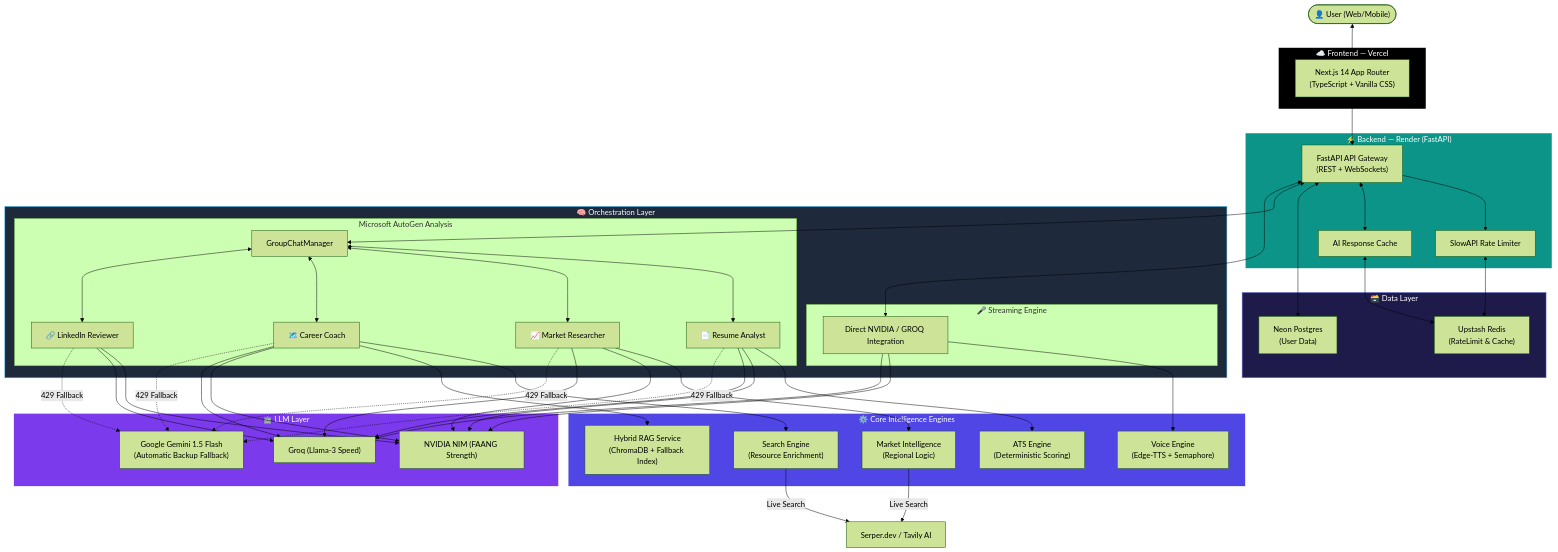
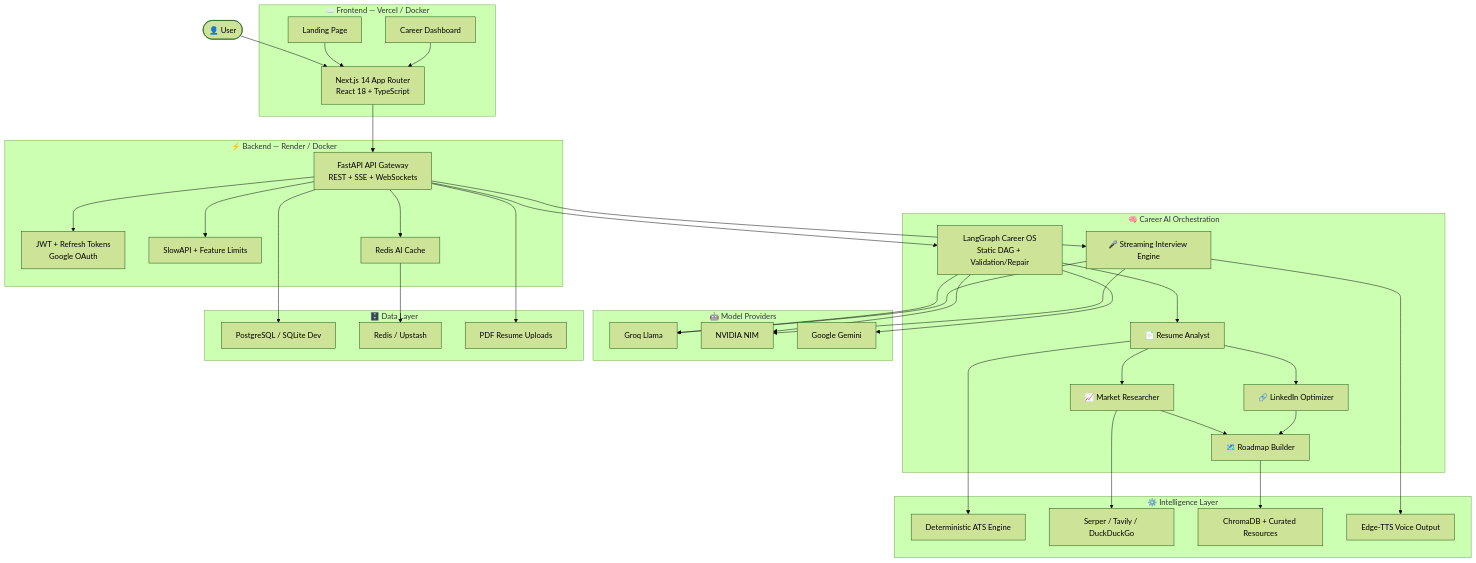
Before and after one commit to Anil-Pradhan-web/ai-career-mentor: the diagram in README.md, drawn with Mermaid (forest theme). The commit also changed other lines of this file, not shown here.

````diff
--- a/README.md
+++ b/README.md
@@ -94,76 +100,72 @@
 ```mermaid
 flowchart TD
-    User(["👤 User (Web/Mobile)"])
-    
-    subgraph Frontend ["☁️ Frontend — Vercel"]
-        NextJS["Next.js 14 App Router\n(TypeScript + Vanilla CSS)"]
+    User(["👤 User"])
+
+    subgraph Frontend ["☁️ Frontend — Vercel / Docker"]
+        Landing["Landing Page"]
+        Dashboard["Career Dashboard"]
+        NextJS["Next.js 14 App Router\nReact 18 + TypeScript"]
     end
 
-    subgraph Backend ["⚡ Backend — Render (FastAPI)"]
-        API["FastAPI API Gateway\n(REST + WebSockets)"]
-        RateLimit["SlowAPI Rate Limiter"]
-        Cache["AI Response Cache"]
+    subgraph Backend ["⚡ Backend — Render / Docker"]
+        API["FastAPI API Gateway\nREST + SSE + WebSockets"]
+        Auth["JWT + Refresh Tokens\nGoogle OAuth"]
+        RateLimit["SlowAPI + Feature Limits"]
+        Cache["Redis AI Cache"]
     end
 
-    subgraph Orchestration ["🧠 Orchestration Layer"]
-        subgraph AutoGen ["Microsoft AutoGen Analysis"]
-            Manager["GroupChatManager"]
-            A1["📄 Resume Analyst"]
-            A2["📈 Market Researcher"]
-            A3["🗺️ Career Coach"]
-            A4["🔗 LinkedIn Reviewer"]
-        end
-        
-        subgraph Interview ["🎤 Streaming Engine"]
-            DirectLLM["Direct NVIDIA / GROQ Integration"]
-        end
+    subgraph Orchestration ["🧠 Career AI Orchestration"]
+        Graph["LangGraph Career OS\nStatic DAG + Validation/Repair"]
+        Resume["📄 Resume Analyst"]
+        Market["📈 Market Researcher"]
+        LinkedIn["🔗 LinkedIn Optimizer"]
+        Roadmap["🗺️ Roadmap Builder"]
+        Interview["🎤 Streaming Interview Engine"]
     end
 
-    subgraph Intelligence ["⚙️ Core Intelligence Engines"]
-        ATS["ATS Engine\n(Deterministic Scoring)"]
-        Market["Market Intelligence\n(Regional Logic)"]
-        Search["Search Engine\n(Resource Enrichment)"]
-        Voice["Voice Engine\n(Edge-TTS + Semaphore)"]
-        RAG["Hybrid RAG Service\n(ChromaDB + Fallback Index)"]
+    subgraph Intelligence ["⚙️ Intelligence Layer"]
+        ATS["Deterministic ATS Engine"]
+        Search["Serper / Tavily / DuckDuckGo"]
+        RAG["ChromaDB + Curated Resources"]
+        Voice["Edge-TTS Voice Output"]
     end
 
-    subgraph LLM ["🤖 LLM Layer"]
-        NVIDIA["NVIDIA NIM (FAANG Strength)"]
-        GROQ["Groq (Llama-3 Speed)"]
-        GEMINI["Google Gemini 1.5 Flash\n(Automatic Backup Fallback)"]
+    subgraph Providers ["🤖 Model Providers"]
+        Groq["Groq Llama"]
+        NVIDIA["NVIDIA NIM"]
+        Gemini["Google Gemini"]
     end
 
-    subgraph Data ["🗃️ Data Layer"]
-        Postgres["Neon Postgres\n(User Data)"]
-        Redis["Upstash Redis\n(RateLimit & Cache)"]
+    subgraph Data ["🗄️ Data Layer"]
+        Postgres["PostgreSQL / SQLite Dev"]
+        Redis["Redis / Upstash"]
+        Files["PDF Resume Uploads"]
     end
 
-    User <--> NextJS
-    NextJS <--> API
-    API --> RateLimit <--> Redis
-    API <--> Cache <--> Redis
-    API <--> Postgres
-    
-    API <--> Manager
-    Manager <--> A1 & A2 & A3 & A4
-    API <--> DirectLLM
-    
-    A1 --> ATS
-    A2 --> Market
-    A3 --> Search
-    A3 --> RAG
-    DirectLLM --> Voice
-    
-    A1 & A2 & A3 & A4 --> NVIDIA & GROQ
-    A1 & A2 & A3 & A4 -.->|"429 Fallback"| GEMINI
-    DirectLLM --> NVIDIA & GROQ
-    
-    Market & Search -->|"Live Search"| SERPER["Serper.dev / Tavily AI"]
-
-    style Frontend fill:#000,stroke:#fff,color:#fff
-    style Backend fill:#0D9488,stroke:#fff,color:#fff
-    style Orchestration fill:#1E293B,stroke:#38BDF8,color:#fff
-    style Intelligence fill:#4F46E5,stroke:#fff,color:#fff
-    style LLM fill:#7C3AED,stroke:#fff,color:#fff
-    style Data fill:#1E1B4B,stroke:#818cf8,color:#fff
+    User --> NextJS
+    Landing --> NextJS
+    Dashboard --> NextJS
+    NextJS --> API
+    API --> Auth
+    API --> RateLimit
+    API --> Cache
+    API --> Graph
+    API --> Interview
+    Graph --> Resume
+    Resume --> Market
+    Resume --> LinkedIn
+    Market --> Roadmap
+    LinkedIn --> Roadmap
+    Resume --> ATS
+    Market --> Search
+    Roadmap --> RAG
+    Interview --> Voice
+    Graph --> Groq
+    Graph --> NVIDIA
+    Graph --> Gemini
+    Interview --> Groq
+    Interview --> NVIDIA
+    API --> Postgres
+    Cache --> Redis
+    API --> Files
 ```
````
